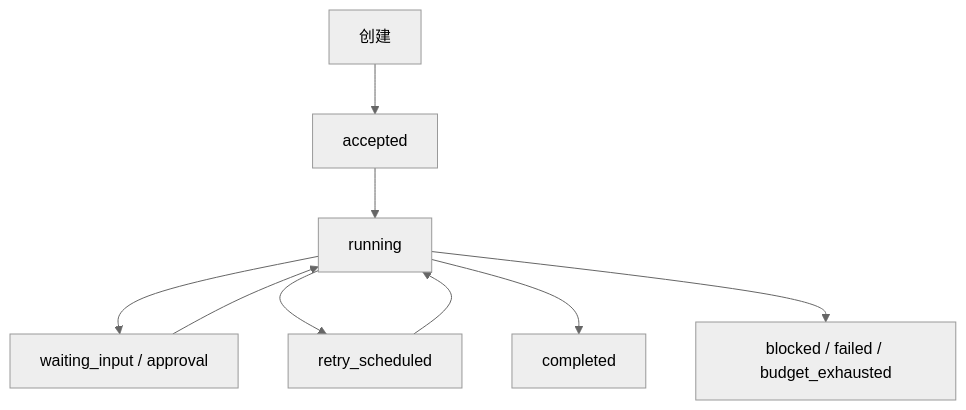
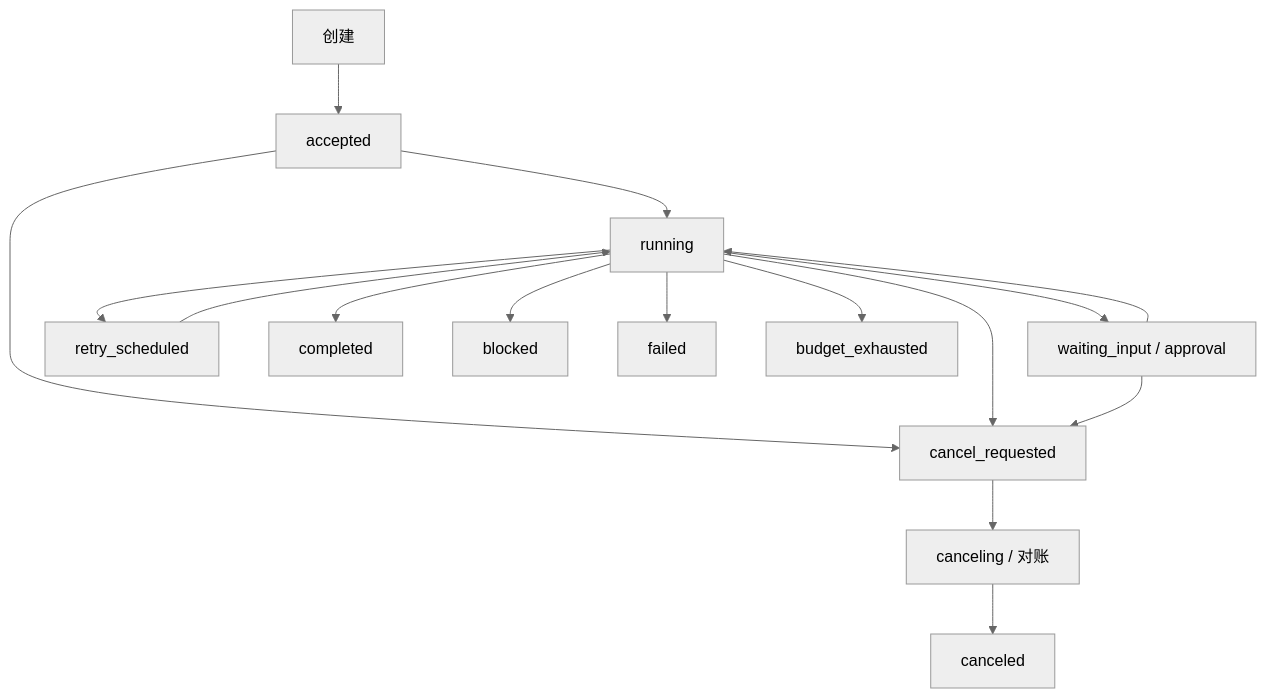
Before and after one commit to FoLaJJ/agent-systems-notes: the second of 4 diagrams in docs/15-production-agent-runtime.md, drawn with Mermaid (neutral theme). The commit also changed other lines of this file and 13 other files, not shown here.

Commit message:
Refine Mermaid diagram layouts

````diff
--- a/docs/15-production-agent-runtime.md
+++ b/docs/15-production-agent-runtime.md
@@ -97,9 +94,15 @@
 ```mermaid
 flowchart TD
     S["创建"] --> A["accepted"] --> R["running"]
     R --> W["waiting_input / approval"]
     W --> R
     R --> Y["retry_scheduled"] --> R
+    A --> Q["cancel_requested"]
+    R --> Q
+    W --> Q
+    Q --> K["canceling / 对账"] --> X["canceled"]
     R --> C["completed"]
-    R --> B["blocked / failed / budget_exhausted"]
+    R --> B["blocked"]
+    R --> F["failed"]
+    R --> E["budget_exhausted"]
 ```
````
